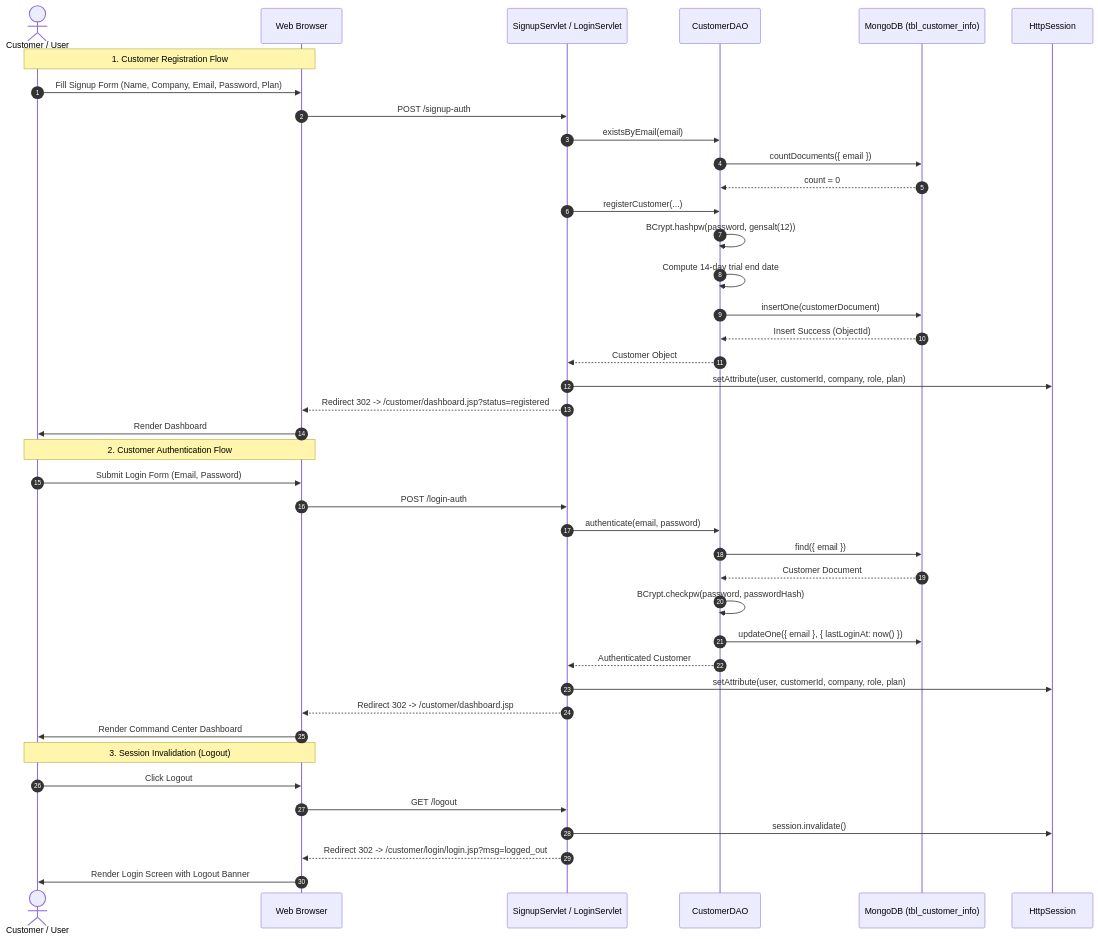
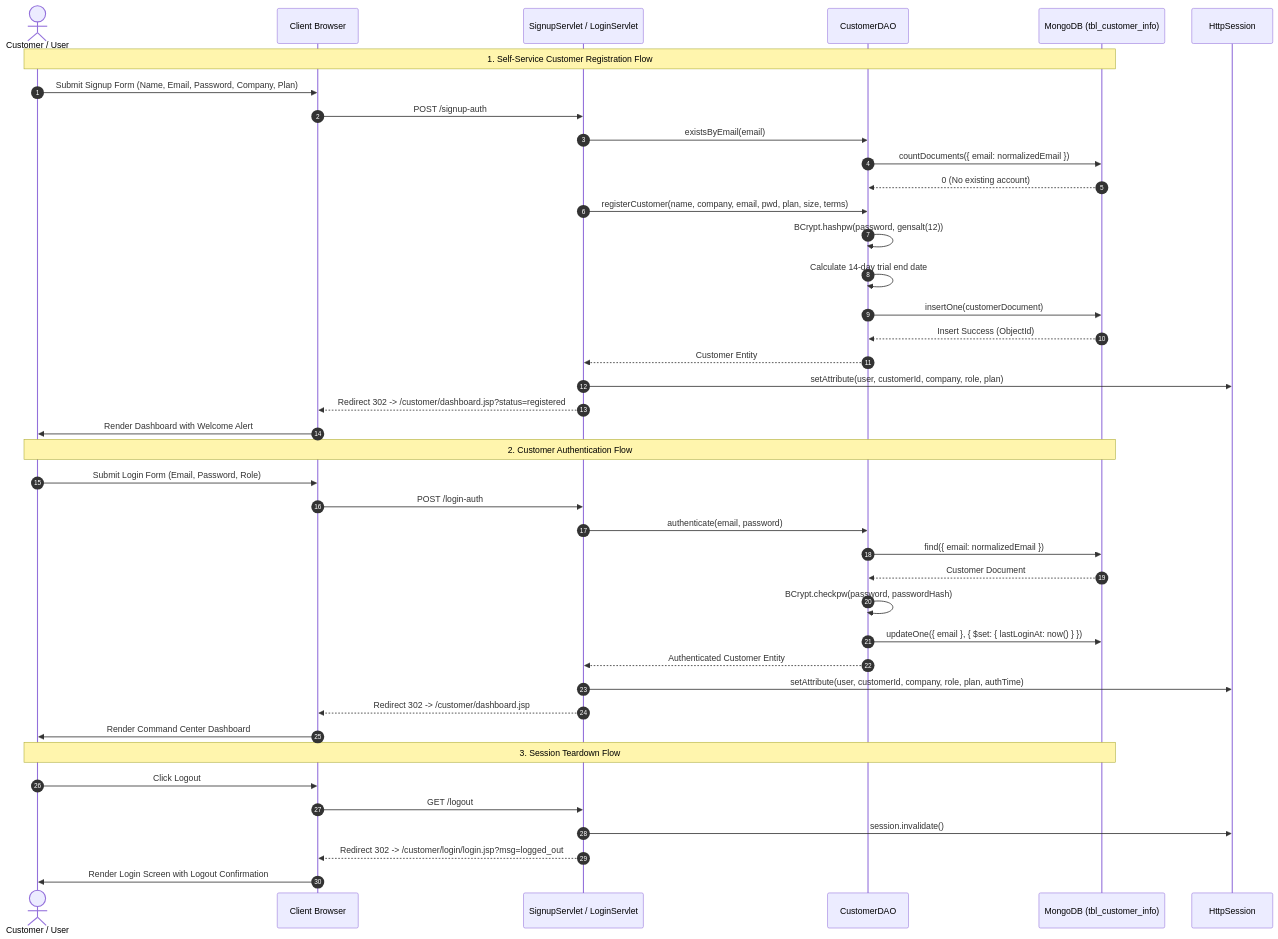
The second of 3 diagrams in stockflow-customer/README.md (arindamnandy1996/stockflow), drawn with Mermaid before and after one commit. The commit also changed other lines of this file, not shown here.

````diff
--- a/stockflow-customer/README.md
+++ b/stockflow-customer/README.md
@@ -134,46 +175,46 @@
 ```mermaid
 sequenceDiagram
     autonumber
     actor User as Customer / User
-    participant Browser as Web Browser
+    participant Browser as Client Browser
     participant Servlet as SignupServlet / LoginServlet
     participant DAO as CustomerDAO
     participant DB as MongoDB (tbl_customer_info)
     participant Session as HttpSession
 
-    Note over User, Browser: 1. Customer Registration Flow
-    User->>Browser: Fill Signup Form (Name, Company, Email, Password, Plan)
+    Note over User, DB: 1. Self-Service Customer Registration Flow
+    User->>Browser: Submit Signup Form (Name, Email, Password, Company, Plan)
     Browser->>Servlet: POST /signup-auth
     Servlet->>DAO: existsByEmail(email)
-    DAO->>DB: countDocuments({ email })
-    DB-->>DAO: count = 0
-    Servlet->>DAO: registerCustomer(...)
+    DAO->>DB: countDocuments({ email: normalizedEmail })
+    DB-->>DAO: 0 (No existing account)
+    Servlet->>DAO: registerCustomer(name, company, email, pwd, plan, size, terms)
     DAO->>DAO: BCrypt.hashpw(password, gensalt(12))
-    DAO->>DAO: Compute 14-day trial end date
+    DAO->>DAO: Calculate 14-day trial end date
     DAO->>DB: insertOne(customerDocument)
     DB-->>DAO: Insert Success (ObjectId)
-    DAO-->>Servlet: Customer Object
+    DAO-->>Servlet: Customer Entity
     Servlet->>Session: setAttribute(user, customerId, company, role, plan)
     Servlet-->>Browser: Redirect 302 -> /customer/dashboard.jsp?status=registered
-    Browser->>User: Render Dashboard
+    Browser->>User: Render Dashboard with Welcome Alert
 
-    Note over User, Browser: 2. Customer Authentication Flow
-    User->>Browser: Submit Login Form (Email, Password)
+    Note over User, DB: 2. Customer Authentication Flow
+    User->>Browser: Submit Login Form (Email, Password, Role)
     Browser->>Servlet: POST /login-auth
     Servlet->>DAO: authenticate(email, password)
-    DAO->>DB: find({ email })
+    DAO->>DB: find({ email: normalizedEmail })
     DB-->>DAO: Customer Document
     DAO->>DAO: BCrypt.checkpw(password, passwordHash)
-    DAO->>DB: updateOne({ email }, { lastLoginAt: now() })
-    DAO-->>Servlet: Authenticated Customer
-    Servlet->>Session: setAttribute(user, customerId, company, role, plan)
+    DAO->>DB: updateOne({ email }, { $set: { lastLoginAt: now() } })
+    DAO-->>Servlet: Authenticated Customer Entity
+    Servlet->>Session: setAttribute(user, customerId, company, role, plan, authTime)
     Servlet-->>Browser: Redirect 302 -> /customer/dashboard.jsp
     Browser->>User: Render Command Center Dashboard
 
-    Note over User, Browser: 3. Session Invalidation (Logout)
+    Note over User, DB: 3. Session Teardown Flow
     User->>Browser: Click Logout
     Browser->>Servlet: GET /logout
     Servlet->>Session: session.invalidate()
     Servlet-->>Browser: Redirect 302 -> /customer/login/login.jsp?msg=logged_out
-    Browser->>User: Render Login Screen with Logout Banner
+    Browser->>User: Render Login Screen with Logout Confirmation
 ```
````
